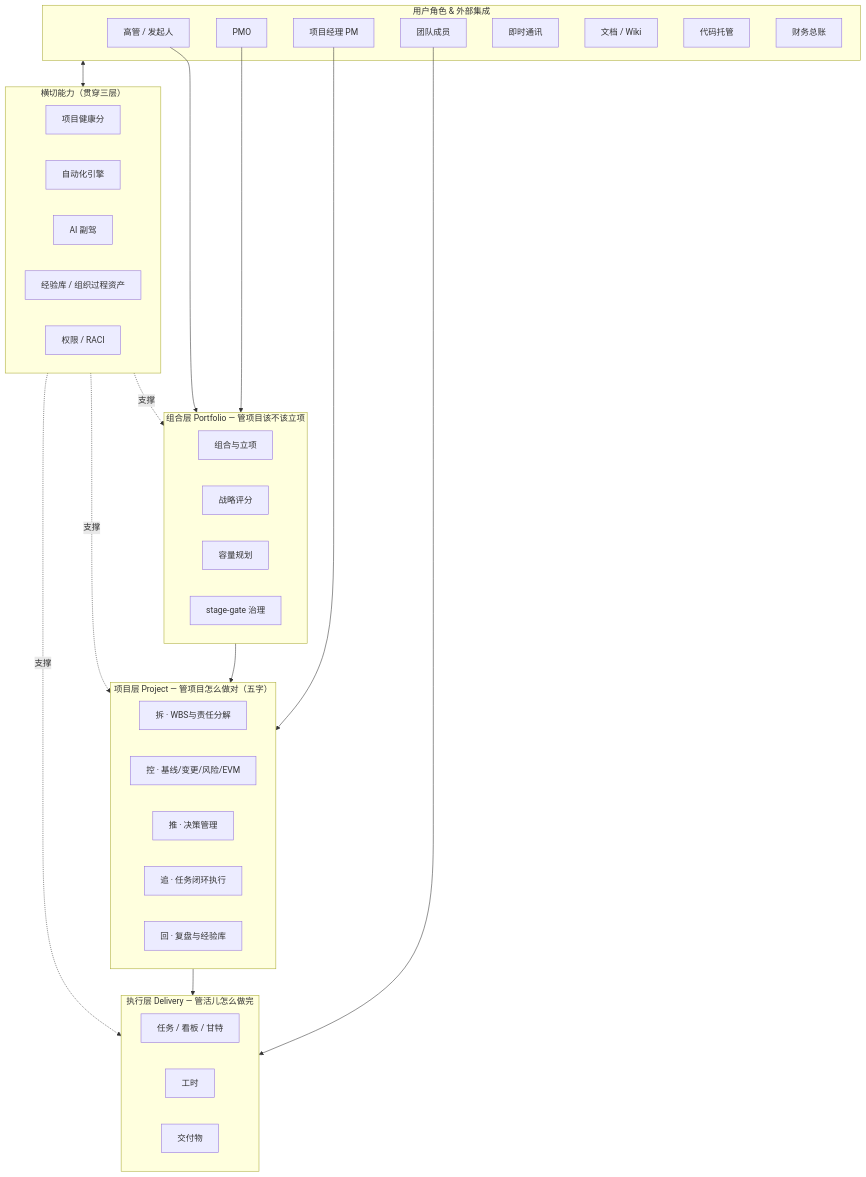
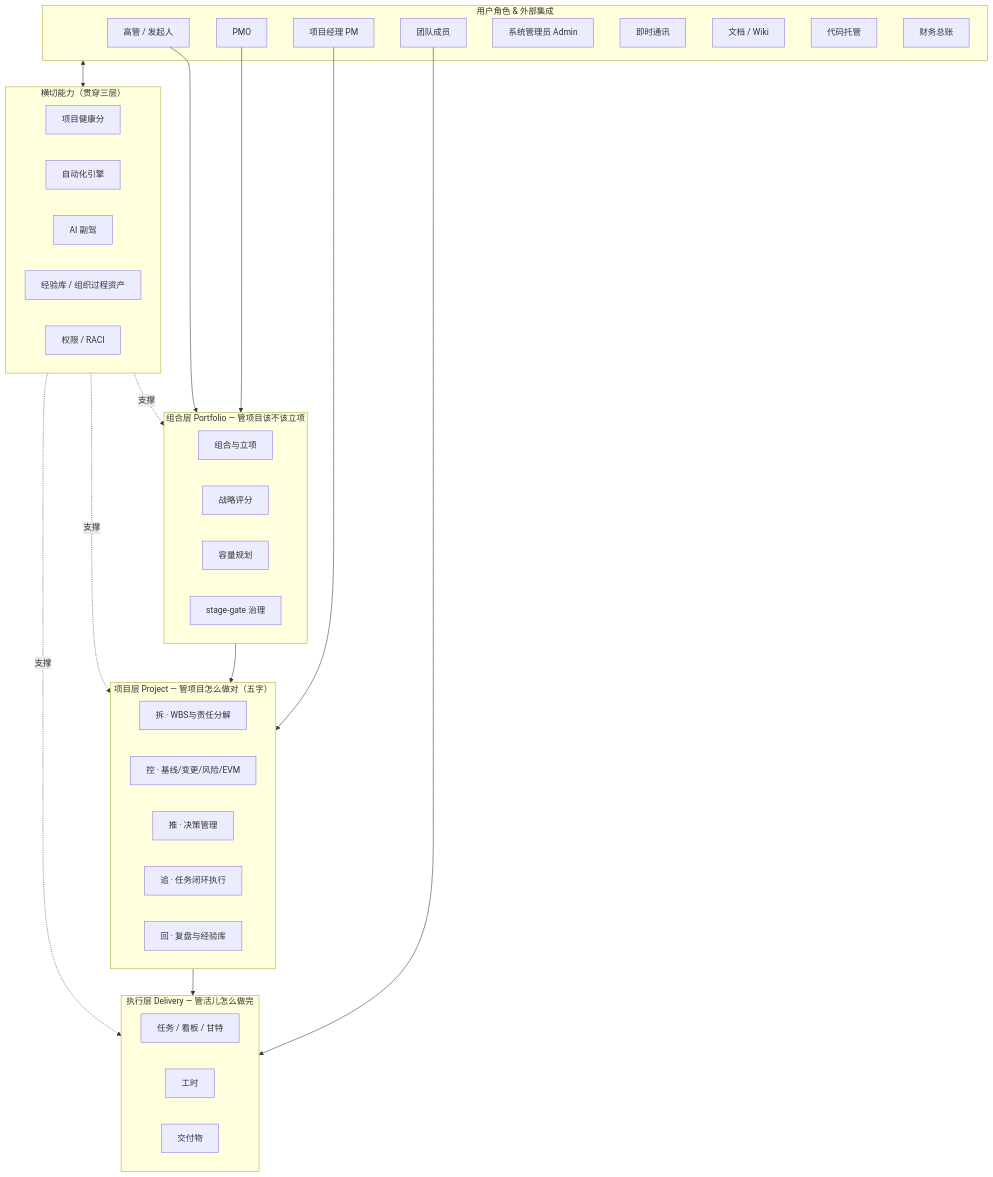
Before and after one commit to lengfengng1-ai-architect/pmsi: the first of 9 diagrams in docs/07-产品架构图.md, drawn with Mermaid. The commit also changed other lines of this file and 11 other files, not shown here.

````diff
--- a/docs/07-产品架构图.md
+++ b/docs/07-产品架构图.md
@@ -12,52 +11,53 @@
 ```mermaid
 flowchart TB
     subgraph ACT["用户角色 & 外部集成"]
         U1["高管 / 发起人"]
         U2["PMO"]
         U3["项目经理 PM"]
         U4["团队成员"]
+        U5["系统管理员 Admin"]
         IM["即时通讯"]
         DOC["文档 / Wiki"]
         CODE["代码托管"]
         FIN["财务总账"]
     end
 
     subgraph L1["组合层 Portfolio — 管项目该不该立项"]
         A1["组合与立项"]
         A2["战略评分"]
         A3["容量规划"]
         A4["stage-gate 治理"]
     end
 
     subgraph L2["项目层 Project — 管项目怎么做对（五字）"]
         B1["拆 · WBS与责任分解"]
         B2["控 · 基线/变更/风险/EVM"]
         B3["推 · 决策管理"]
         B4["追 · 任务闭环执行"]
         B5["回 · 复盘与经验库"]
     end
 
     subgraph L3["执行层 Delivery — 管活儿怎么做完"]
         C1["任务 / 看板 / 甘特"]
         C2["工时"]
         C3["交付物"]
     end
 
     subgraph CC["横切能力（贯穿三层）"]
         H1["项目健康分"]
         H2["自动化引擎"]
         H3["AI 副驾"]
         H4["经验库 / 组织过程资产"]
         H5["权限 / RACI"]
     end
 
     U1 --> L1
     U2 --> L1
     U3 --> L2
     U4 --> L3
     L1 --> L2 --> L3
     CC -. 支撑 .-> L1
     CC -. 支撑 .-> L2
     CC -. 支撑 .-> L3
     ACT <--> CC
 ```
````
